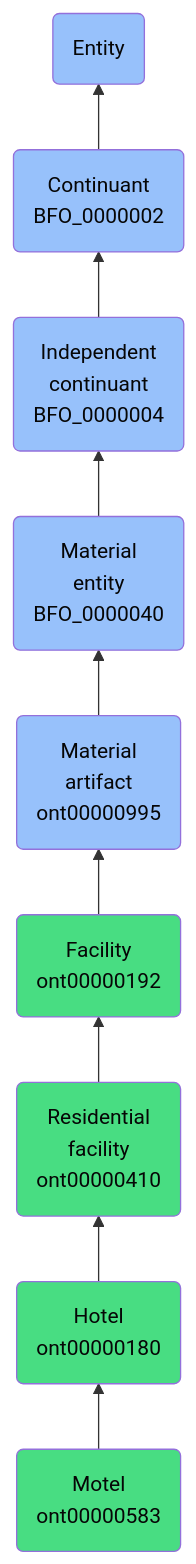
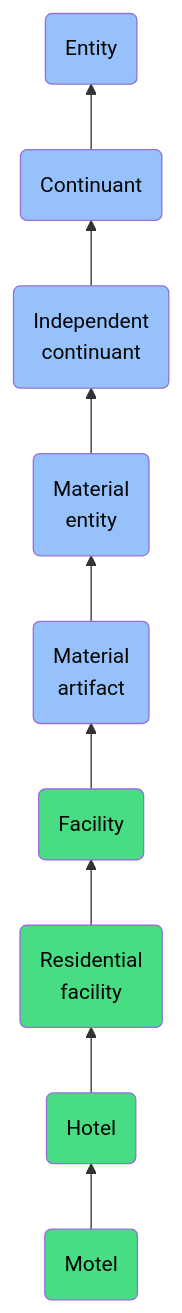
The diagram in docs/ontology/reference/model/Entity/Continuant/Independent continuant/Material entity/Material artifact/Facility/Residential facility/Hotel/Motel/Motel.md (jupyter-naas/abi), drawn with Mermaid before and after one commit. The commit also changed other lines of this file and 1430 other files, not shown here.

````diff
--- a/docs/ontology/reference/model/Entity/Continuant/Independent continuant/Material entity/Material artifact/Facility/Residential facility/Hotel/Motel/Motel.md
+++ b/docs/ontology/reference/model/Entity/Continuant/Independent continuant/Material entity/Material artifact/Facility/Residential facility/Hotel/Motel/Motel.md
@@ -24,16 +24,16 @@
 ```mermaid
 graph BT
-    ont00000583(Motel<br>ont00000583):::ABI-->ont00000180
-    ont00000180(Hotel<br>ont00000180):::ABI-->ont00000410
-    ont00000410(Residential<br>facility<br>ont00000410):::ABI-->ont00000192
-    ont00000192(Facility<br>ont00000192):::ABI-->ont00000995
-    ont00000995(Material<br>artifact<br>ont00000995):::BFO-->BFO_0000040
-    BFO_0000040(Material<br>entity<br>BFO_0000040):::BFO-->BFO_0000004
-    BFO_0000004(Independent<br>continuant<br>BFO_0000004):::BFO-->BFO_0000002
-    BFO_0000002(Continuant<br>BFO_0000002):::BFO-->BFO_0000001
+    ont00000583(Motel):::ABI-->ont00000180
+    ont00000180(Hotel):::ABI-->ont00000410
+    ont00000410(Residential<br>facility):::ABI-->ont00000192
+    ont00000192(Facility):::ABI-->ont00000995
+    ont00000995(Material<br>artifact):::BFO-->BFO_0000040
+    BFO_0000040(Material<br>entity):::BFO-->BFO_0000004
+    BFO_0000004(Independent<br>continuant):::BFO-->BFO_0000002
+    BFO_0000002(Continuant):::BFO-->BFO_0000001
     BFO_0000001(Entity):::BFO
     
     classDef BFO fill:#97c1fb,color:#060606
     classDef CCO fill:#e4c51e,color:#060606
     classDef ABI fill:#48DD82,color:#060606
 ```
````
